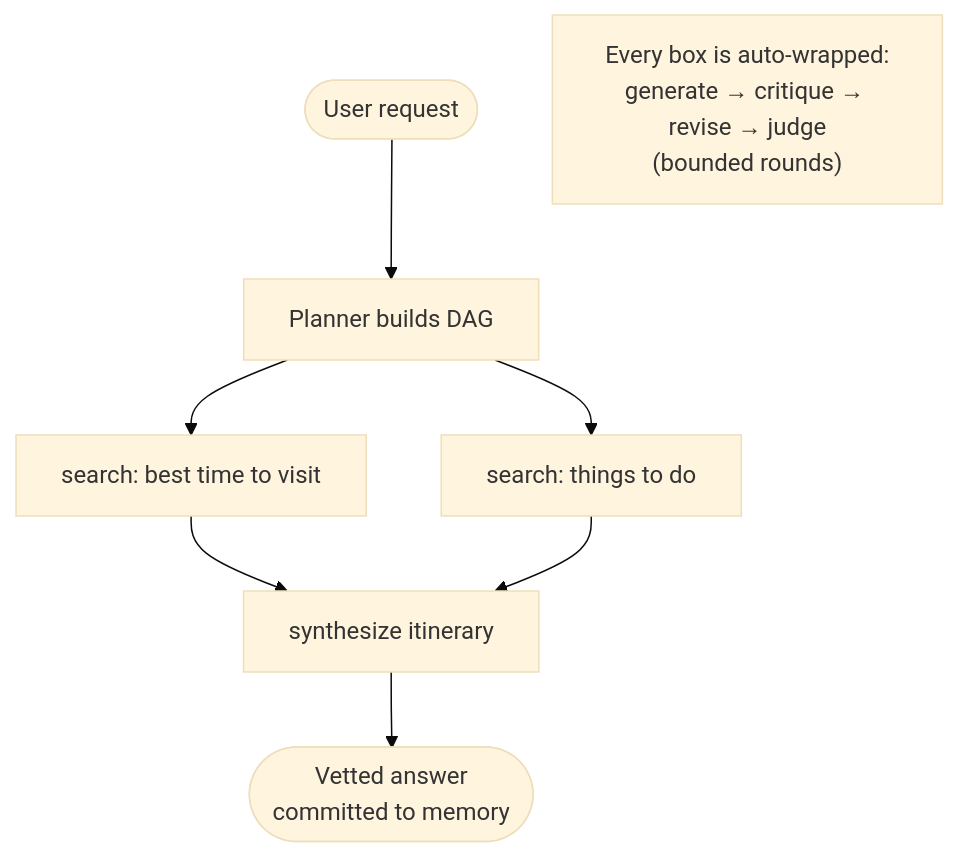
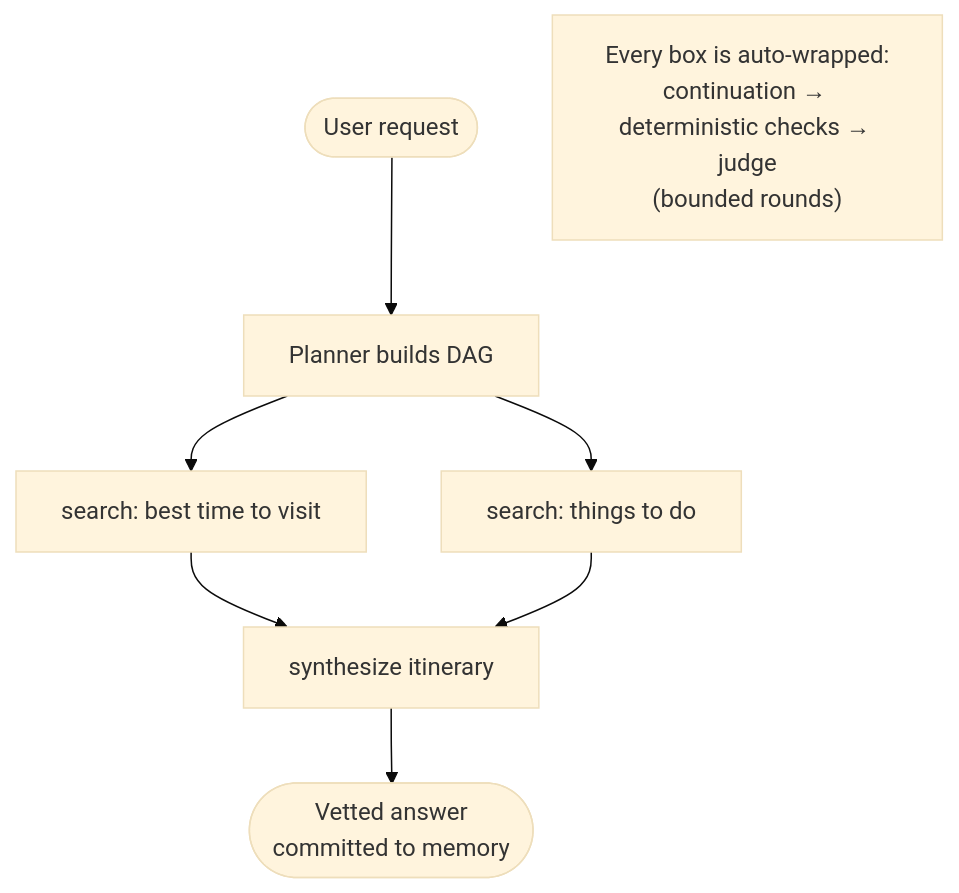
Before and after one commit to fagerbergj/quack: the second of 2 diagrams in README.md, drawn with Mermaid (base theme). The commit also changed other lines of this file and 21 other files, not shown here.

````diff
--- a/README.md
+++ b/README.md
@@ -179,11 +185,11 @@
 ```mermaid
 flowchart TD
   REQ(["User request"]) --> PLAN["Planner builds DAG"]
   PLAN --> A["search: best time to visit"]
   PLAN --> B["search: things to do"]
   A --> C["synthesize itinerary"]
   B --> C
   C --> ANS(["Vetted answer<br/>committed to memory"])
 
-  note["Every box is auto-wrapped:<br/>generate → critique → revise → judge<br/>(bounded rounds)"]
+  note["Every box is auto-wrapped:<br/>continuation → deterministic checks → judge<br/>(bounded rounds)"]
 ```
````
